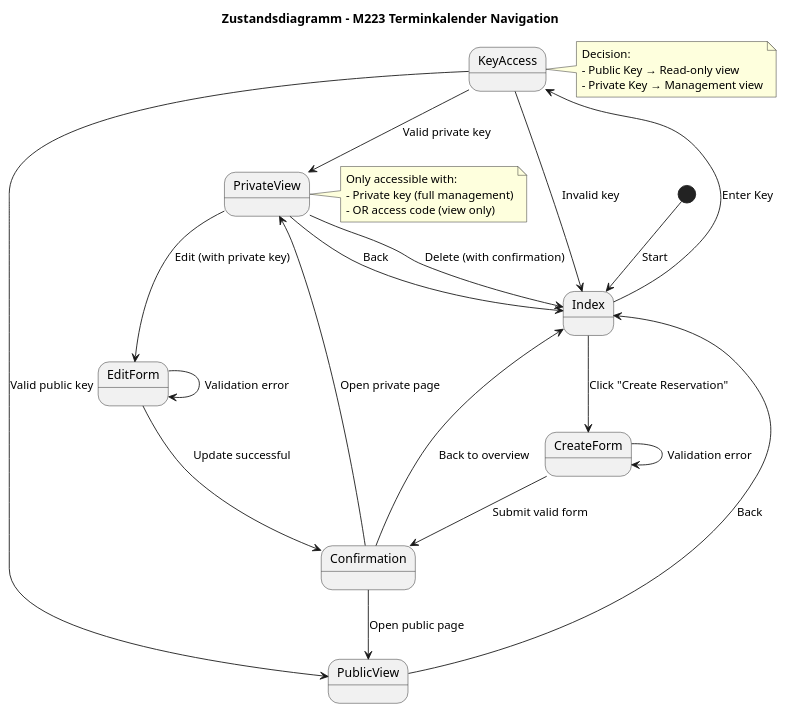
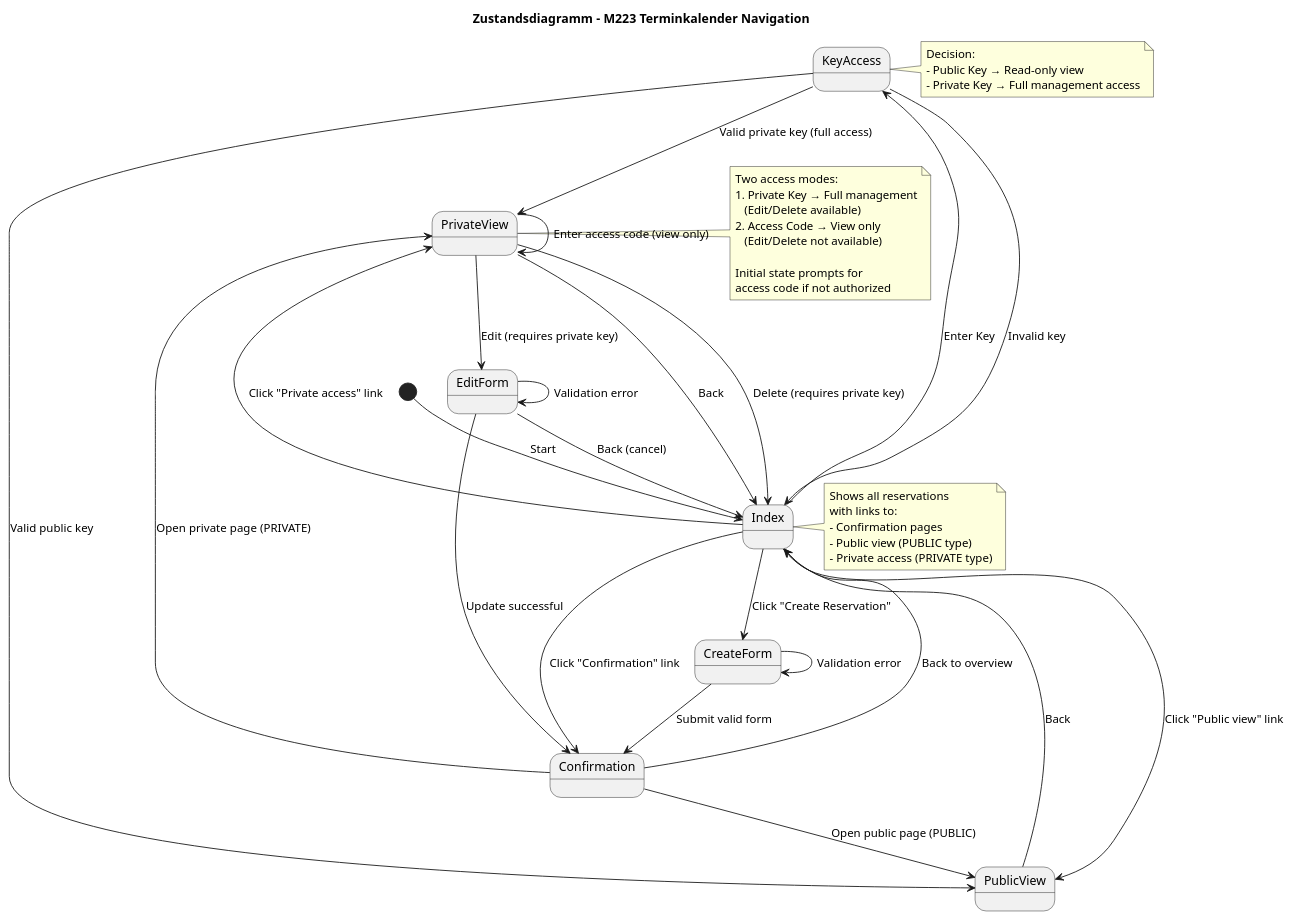
The diagram in Doku/diagrams/state-diagram.puml (RiciYT/M223-Terminkalender), drawn with PlantUML before and after one commit. The commit also changed 1 other file, not shown here.

Commit message:
Improve state diagram with complete navigation flows

```diff
--- a/Doku/diagrams/state-diagram.puml
+++ b/Doku/diagrams/state-diagram.puml
@@ -1,40 +1,59 @@
 @startuml
 title Zustandsdiagramm - M223 Terminkalender Navigation
 
 [*] --> Index : Start
 
 Index --> CreateForm : Click "Create Reservation"
 Index --> KeyAccess : Enter Key
+Index --> Confirmation : Click "Confirmation" link
+Index --> PublicView : Click "Public view" link
+Index --> PrivateView : Click "Private access" link
 
 CreateForm --> Confirmation : Submit valid form
 CreateForm --> CreateForm : Validation error
 
 Confirmation --> Index : Back to overview
-Confirmation --> PublicView : Open public page
-Confirmation --> PrivateView : Open private page
+Confirmation --> PublicView : Open public page (PUBLIC)
+Confirmation --> PrivateView : Open private page (PRIVATE)
 
 KeyAccess --> PublicView : Valid public key
-KeyAccess --> PrivateView : Valid private key
+KeyAccess --> PrivateView : Valid private key (full access)
 KeyAccess --> Index : Invalid key
 
 PublicView --> Index : Back
+
 PrivateView --> Index : Back
-PrivateView --> EditForm : Edit (with private key)
-PrivateView --> Index : Delete (with confirmation)
+PrivateView --> PrivateView : Enter access code (view only)
+PrivateView --> EditForm : Edit (requires private key)
+PrivateView --> Index : Delete (requires private key)
 
 EditForm --> Confirmation : Update successful
 EditForm --> EditForm : Validation error
+EditForm --> Index : Back (cancel)
 
 note right of KeyAccess
   Decision: 
   - Public Key → Read-only view
-  - Private Key → Management view
+  - Private Key → Full management access
 end note
 
 note right of PrivateView
-  Only accessible with:
-  - Private key (full management)
-  - OR access code (view only)
+  Two access modes:
+  1. Private Key → Full management
+     (Edit/Delete available)
+  2. Access Code → View only
+     (Edit/Delete not available)
+  
+  Initial state prompts for
+  access code if not authorized
+end note
+
+note right of Index
+  Shows all reservations
+  with links to:
+  - Confirmation pages
+  - Public view (PUBLIC type)
+  - Private access (PRIVATE type)
 end note
 
 @enduml
```
